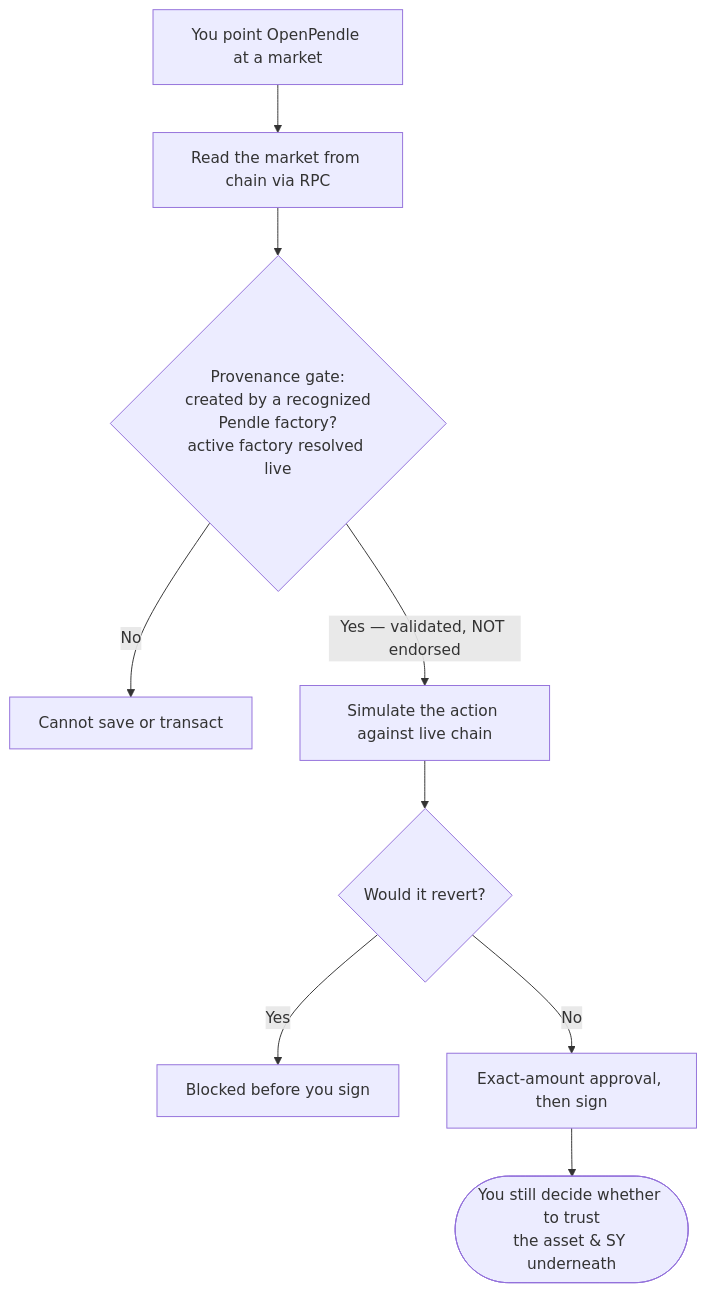
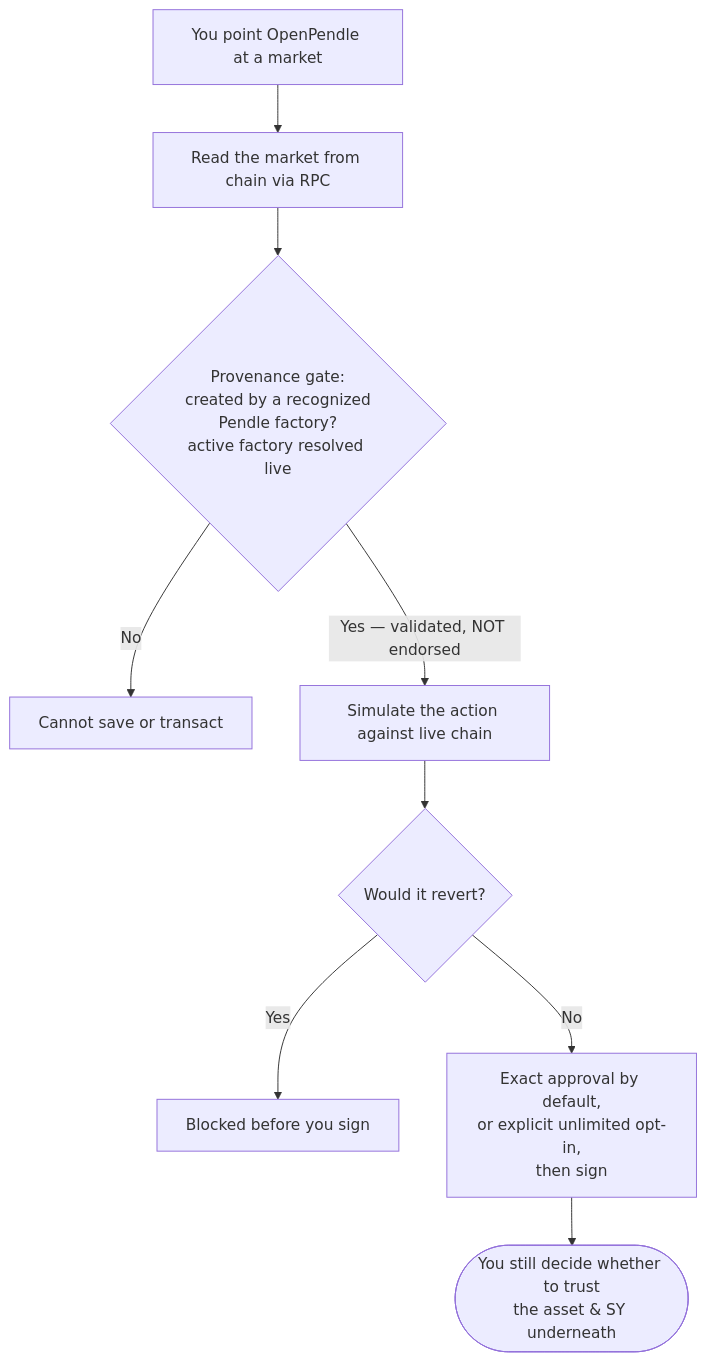
The second of 2 diagrams in docs-site/reference/architecture.md (ggmatch-mod/open-pendle), drawn with Mermaid before and after one commit. The commit also changed other lines of this file and 65 other files, not shown here.

First line of the commit message:
Add SY wrapper flows and harden token handling

````diff
--- a/docs-site/reference/architecture.md
+++ b/docs-site/reference/architecture.md
@@ -80,11 +82,11 @@
 ```mermaid
 flowchart TD
   A[You point OpenPendle at a market] --> R[Read the market from chain via RPC]
   R --> V{Provenance gate:<br/>created by a recognized<br/>Pendle factory?<br/>active factory resolved live}
   V -->|No| X[Cannot save or transact]
   V -->|Yes — validated, NOT endorsed| S[Simulate the action against live chain]
   S --> Q{Would it revert?}
   Q -->|Yes| X2[Blocked before you sign]
-  Q -->|No| E[Exact-amount approval, then sign]
+  Q -->|No| E[Exact approval by default,<br/>or explicit unlimited opt-in,<br/>then sign]
   E --> U([You still decide whether to trust<br/>the asset & SY underneath])
 ```
````
